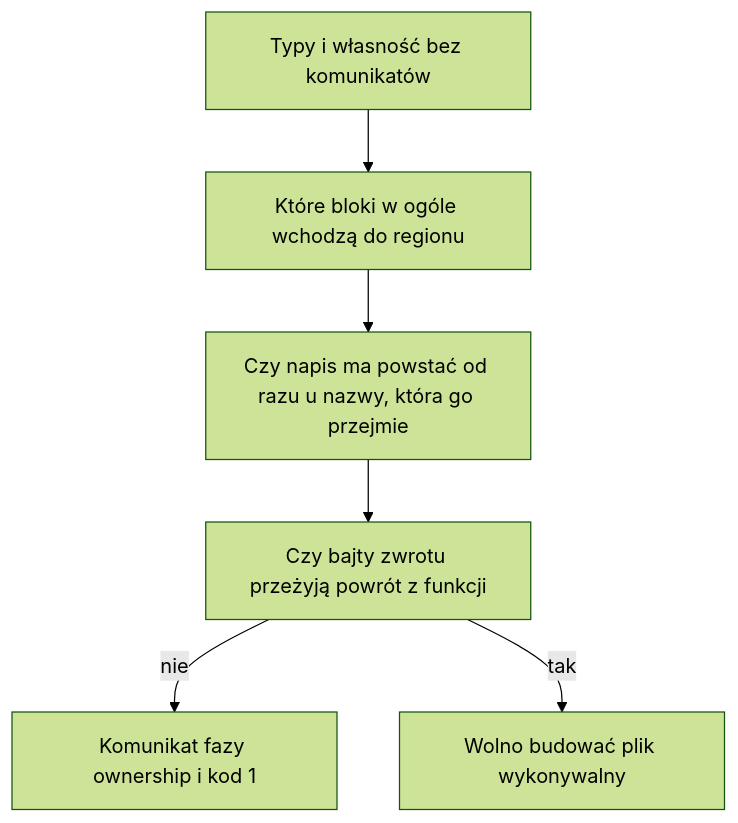
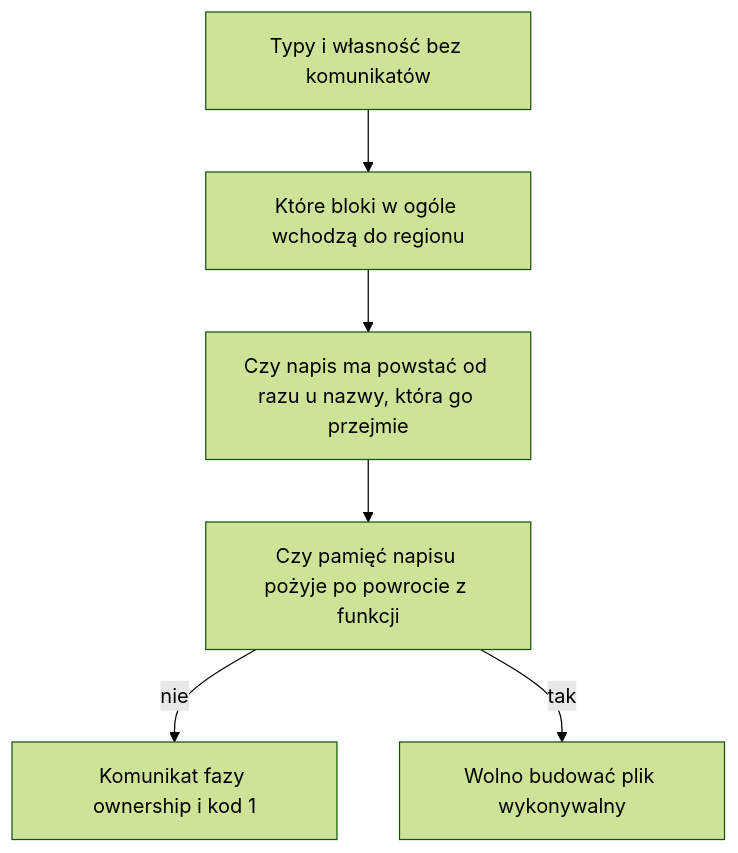
Before and after one commit to andrzejwitkowski/Bork: the diagram in docs/book/17-pamiec-srodkowa.md, drawn with Mermaid (forest theme). The commit also changed other lines of this file and 20 other files, not shown here.

````diff
--- a/docs/book/17-pamiec-srodkowa.md
+++ b/docs/book/17-pamiec-srodkowa.md
@@ -19,8 +20,8 @@
 ```mermaid
 flowchart TD
     czysto["Typy i własność bez komunikatów"] --> wejscie["Które bloki w ogóle wchodzą do regionu"]
     wejscie --> miejsce["Czy napis ma powstać od razu u nazwy, która go przejmie"]
-    miejsce --> powrot["Czy bajty zwrotu przeżyją powrót z funkcji"]
+    miejsce --> powrot["Czy pamięć napisu pożyje po powrocie z funkcji"]
     powrot -->|nie| odmowa["Komunikat fazy ownership i kod 1"]
     powrot -->|tak| emisja["Wolno budować plik wykonywalny"]
 ```
````
